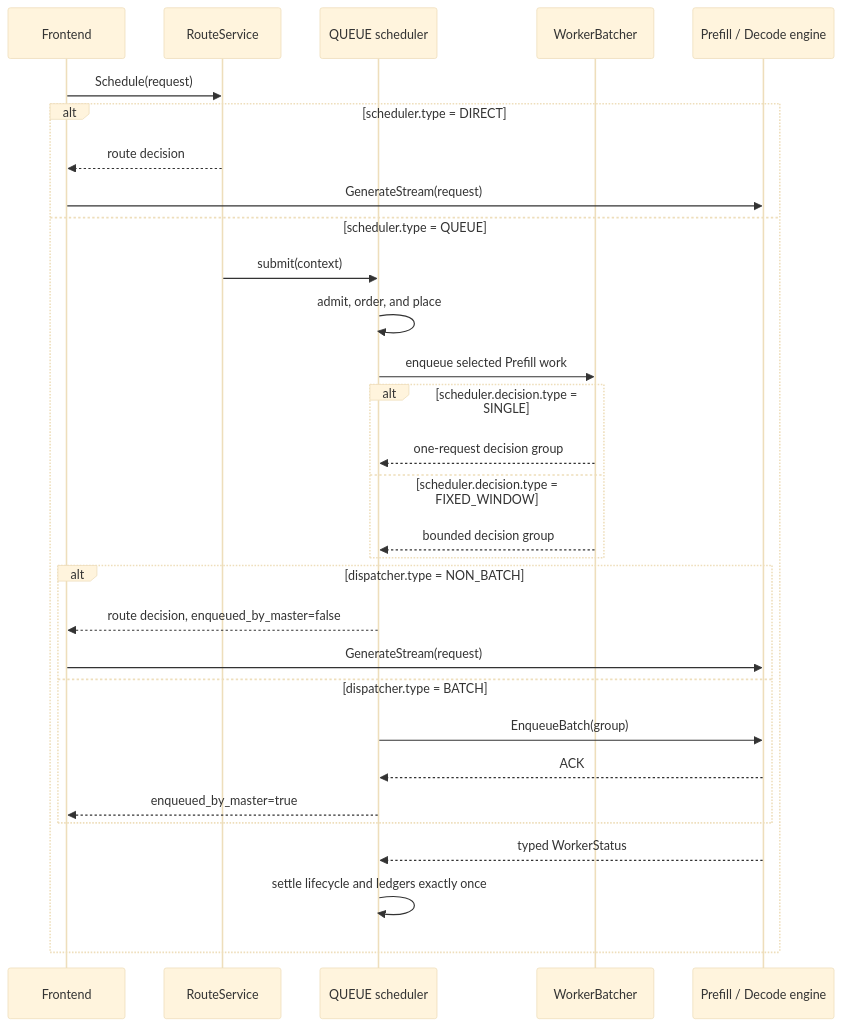
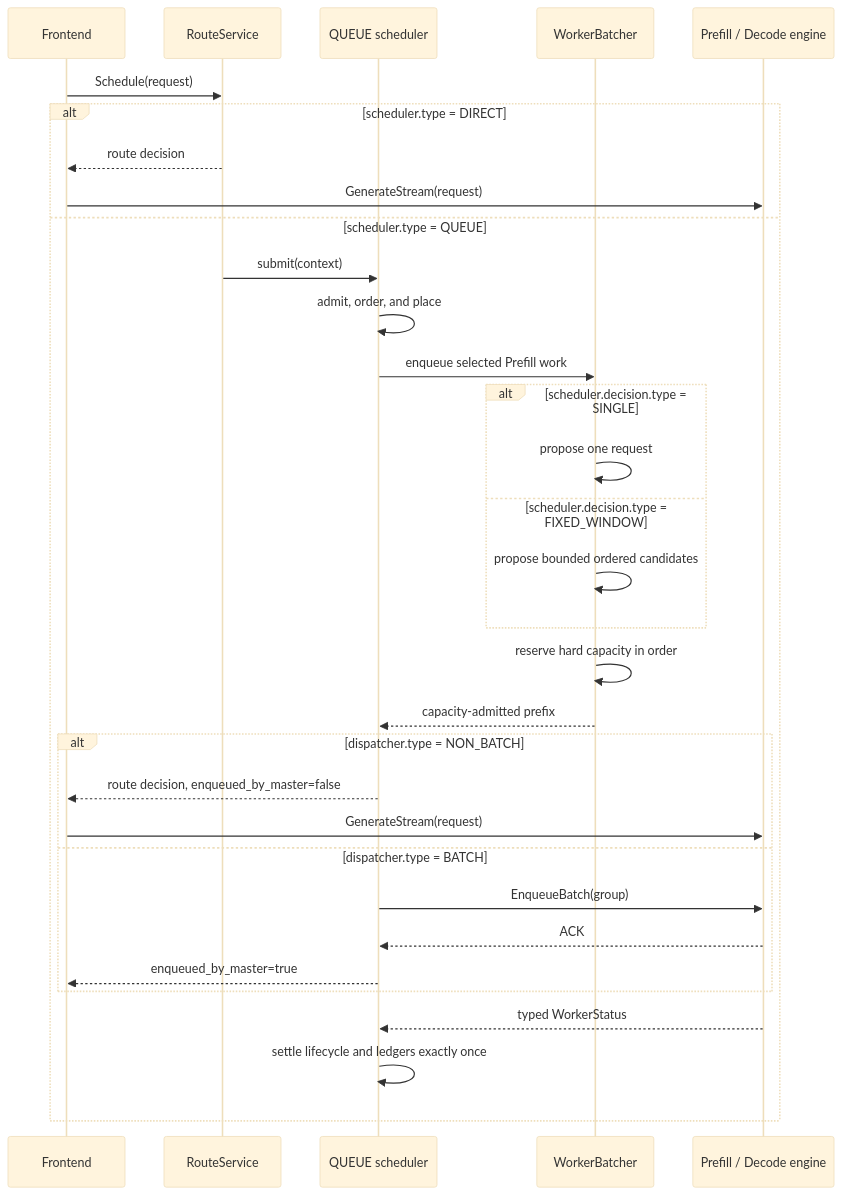
The second of 2 diagrams in rtp_llm/flexlb/docs/priority-scheduler-delivery-modes.md (alibaba/rtp-llm), drawn with Mermaid (base theme) before and after one commit. The commit also changed other lines of this file and 107 other files, not shown here.

Commit message:
refactor(flexlb): reserve capacity before admission

````diff
--- a/rtp_llm/flexlb/docs/priority-scheduler-delivery-modes.md
+++ b/rtp_llm/flexlb/docs/priority-scheduler-delivery-modes.md
@@ -66,33 +66,35 @@
 ```mermaid
 sequenceDiagram
     participant F as Frontend
     participant R as RouteService
     participant S as QUEUE scheduler
     participant W as WorkerBatcher
     participant E as Prefill / Decode engine
 
     F->>R: Schedule(request)
     alt scheduler.type = DIRECT
         R-->>F: route decision
         F->>E: GenerateStream(request)
     else scheduler.type = QUEUE
         R->>S: submit(context)
         S->>S: admit, order, and place
         S->>W: enqueue selected Prefill work
         alt scheduler.decision.type = SINGLE
-            W-->>S: one-request decision group
+            W->>W: propose one request
         else scheduler.decision.type = FIXED_WINDOW
-            W-->>S: bounded decision group
+            W->>W: propose bounded ordered candidates
         end
+        W->>W: reserve hard capacity in order
+        W-->>S: capacity-admitted prefix
         alt dispatcher.type = NON_BATCH
             S-->>F: route decision, enqueued_by_master=false
             F->>E: GenerateStream(request)
         else dispatcher.type = BATCH
             S->>E: EnqueueBatch(group)
             E-->>S: ACK
             S-->>F: enqueued_by_master=true
         end
         E-->>S: typed WorkerStatus
         S->>S: settle lifecycle and ledgers exactly once
     end
 ```
````
